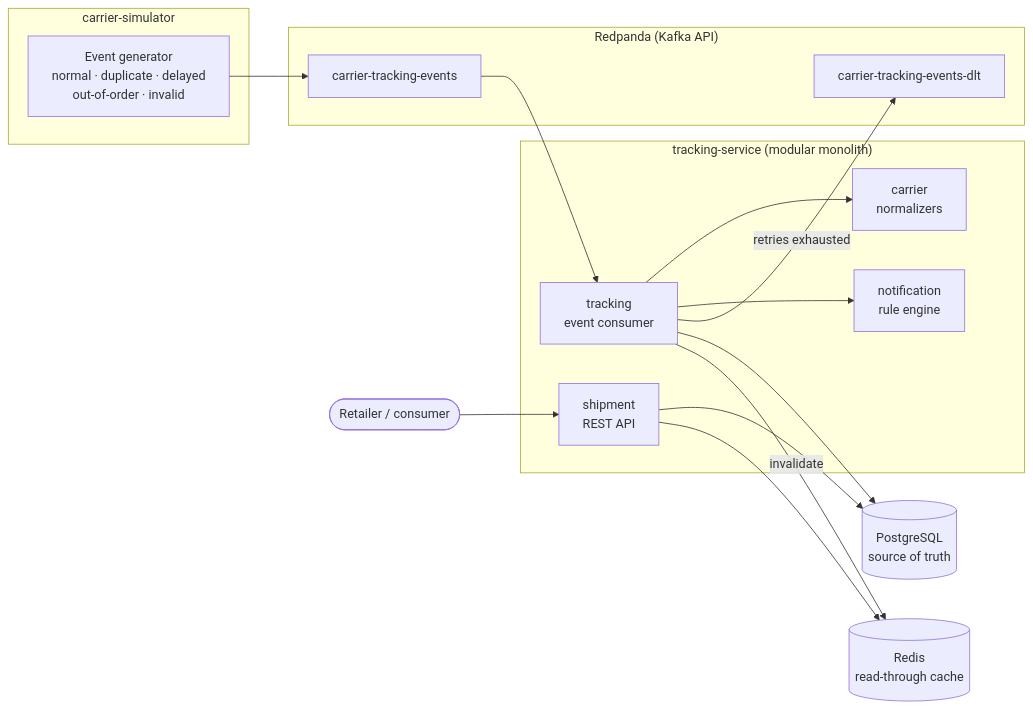
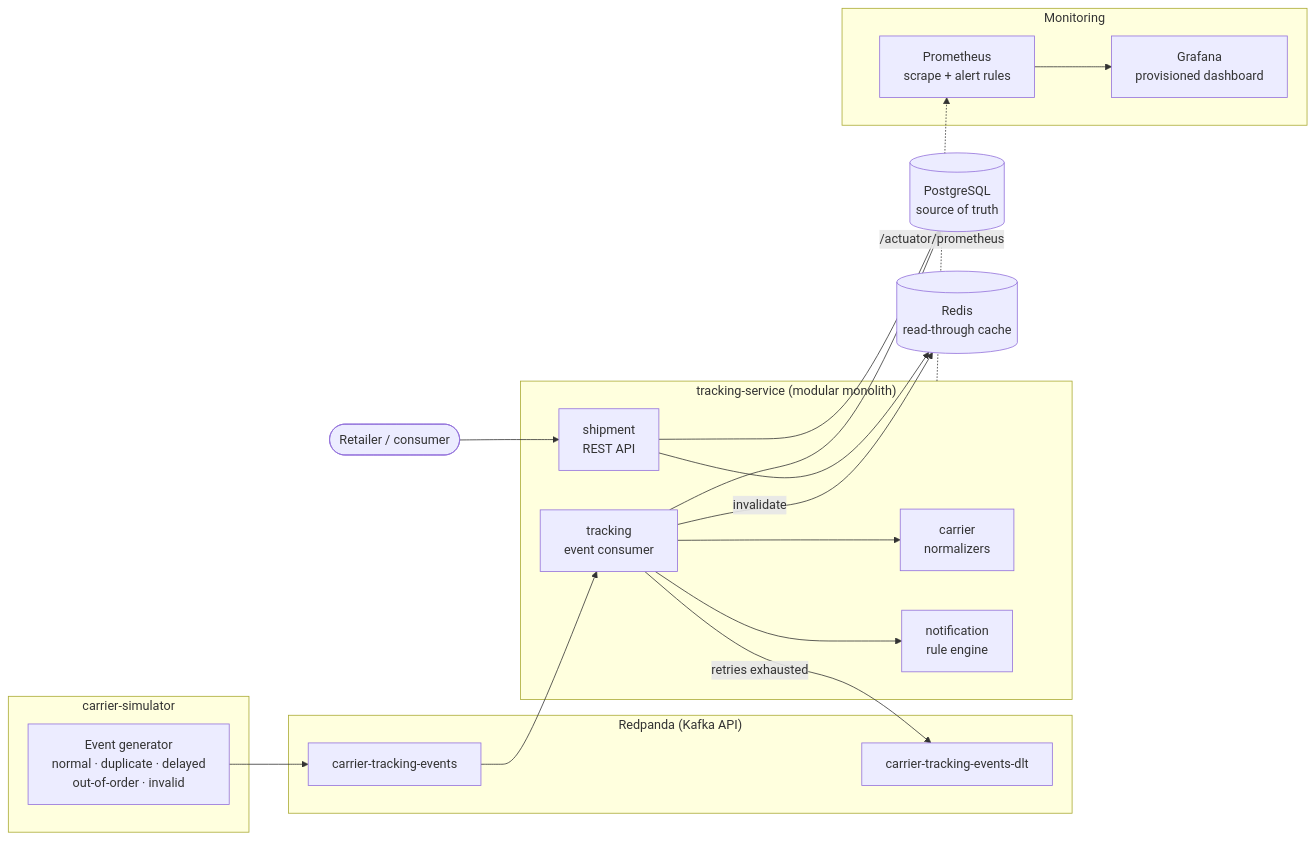
The diagram in README.md (VitaliyJvM/parcel-flow), drawn with Mermaid before and after one commit. The commit also changed other lines of this file and 54 other files, not shown here.

````diff
--- a/README.md
+++ b/README.md
@@ -37,33 +54,41 @@
 ```mermaid
 flowchart LR
     subgraph sim["carrier-simulator"]
         GEN["Event generator<br/>normal · duplicate · delayed<br/>out-of-order · invalid"]
     end
 
     subgraph broker["Redpanda (Kafka API)"]
         T["carrier-tracking-events"]
         DLQ["carrier-tracking-events-dlt"]
     end
 
     subgraph svc["tracking-service (modular monolith)"]
         API["shipment<br/>REST API"]
         CONS["tracking<br/>event consumer"]
         NORM["carrier<br/>normalizers"]
         NOTIF["notification<br/>rule engine"]
     end
 
     PG[("PostgreSQL<br/>source of truth")]
     RD[("Redis<br/>read-through cache")]
 
     GEN --> T
     T --> CONS
     CONS --> NORM
     CONS --> NOTIF
     CONS -->|"retries exhausted"| DLQ
     CONS --> PG
     CONS -->|invalidate| RD
 
     Client(["Retailer / consumer"]) --> API
     API --> PG
     API --> RD
+
+    subgraph obs["Monitoring"]
+        PROM["Prometheus<br/>scrape + alert rules"]
+        GRAF["Grafana<br/>provisioned dashboard"]
+    end
+
+    svc -.->|"/actuator/prometheus"| PROM
+    PROM --> GRAF
 ```
````
